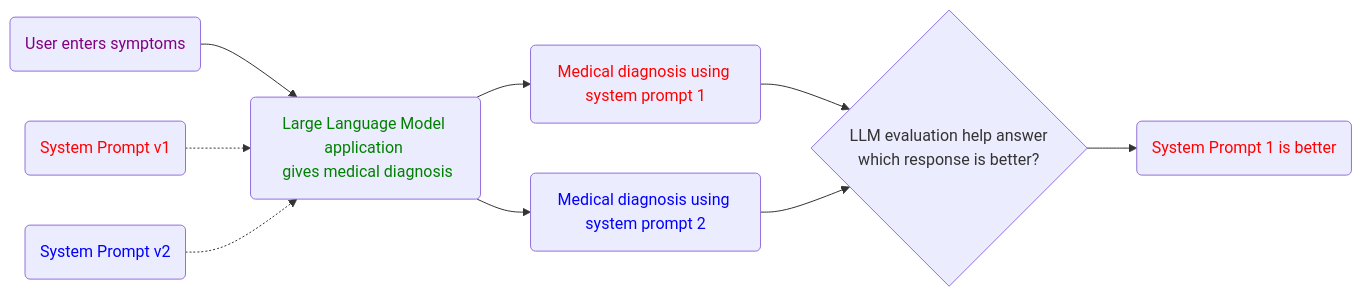
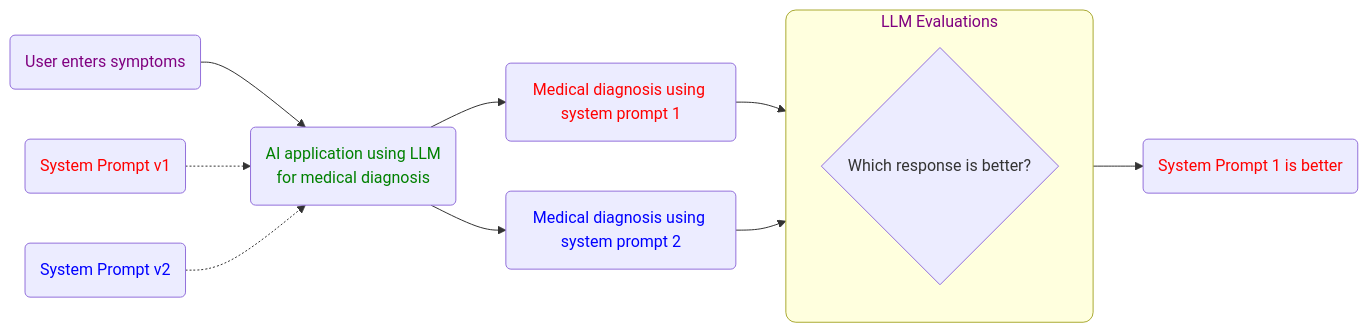
One commit to mehrinkiani/mehrinkiani.github.io changed the first of 2 diagrams in posts/llm_evaluations/blog.qmd. Above: the diagram before and after it, drawn with Mermaid. The commit also changed other lines of this file and 2 other files, not shown here.

````diff
--- a/posts/llm_evaluations/blog.qmd
+++ b/posts/llm_evaluations/blog.qmd
@@ -38,20 +38,24 @@
 ```{mermaid}
 %%| echo: false
 flowchart LR
-  A(User enters symptoms) --> B(Large Language Model application <br> gives medical diagnosis)
+  A(User enters symptoms) --> B(AI application using LLM <br> for medical diagnosis)
   F(System Prompt v1) -.-> B
   G(System Prompt v2) -.-> B
   B --> C1(Medical diagnosis using system prompt 1)
   B --> C2(Medical diagnosis using system prompt 2)
-  C1 --> D{LLM evaluation help answer <br>  which response is better?} 
-  C2 --> D{LLM evaluation help answer <br> which response is better?} 
+  subgraph D[LLM Evaluations]
+            D1{Which response is better?}
+        end
+  C1 --> D
+  C2 --> D
   D --> E(System Prompt 1 is better)
 
   style A color:purple
   style B color:green
   style C1 color:red
   style F color:red
   style C2 color:blue
   style G color:blue
   style E color:red
+  style D rx:10,ry:10,color:purple
 ```
````
